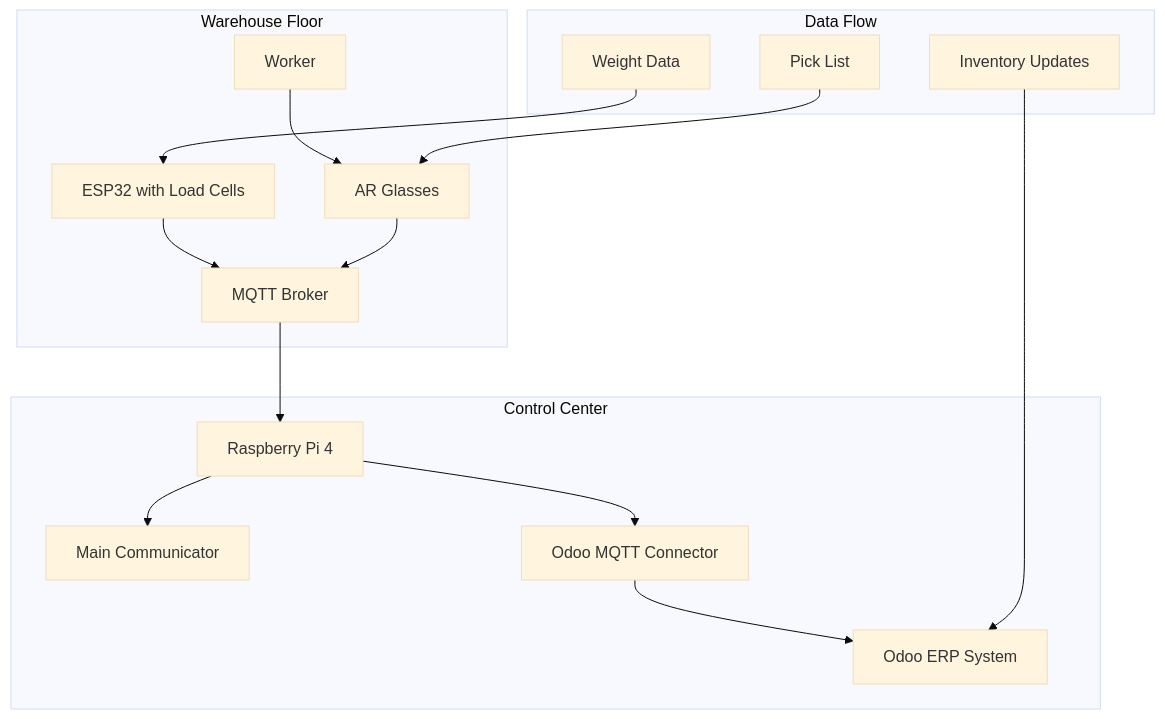
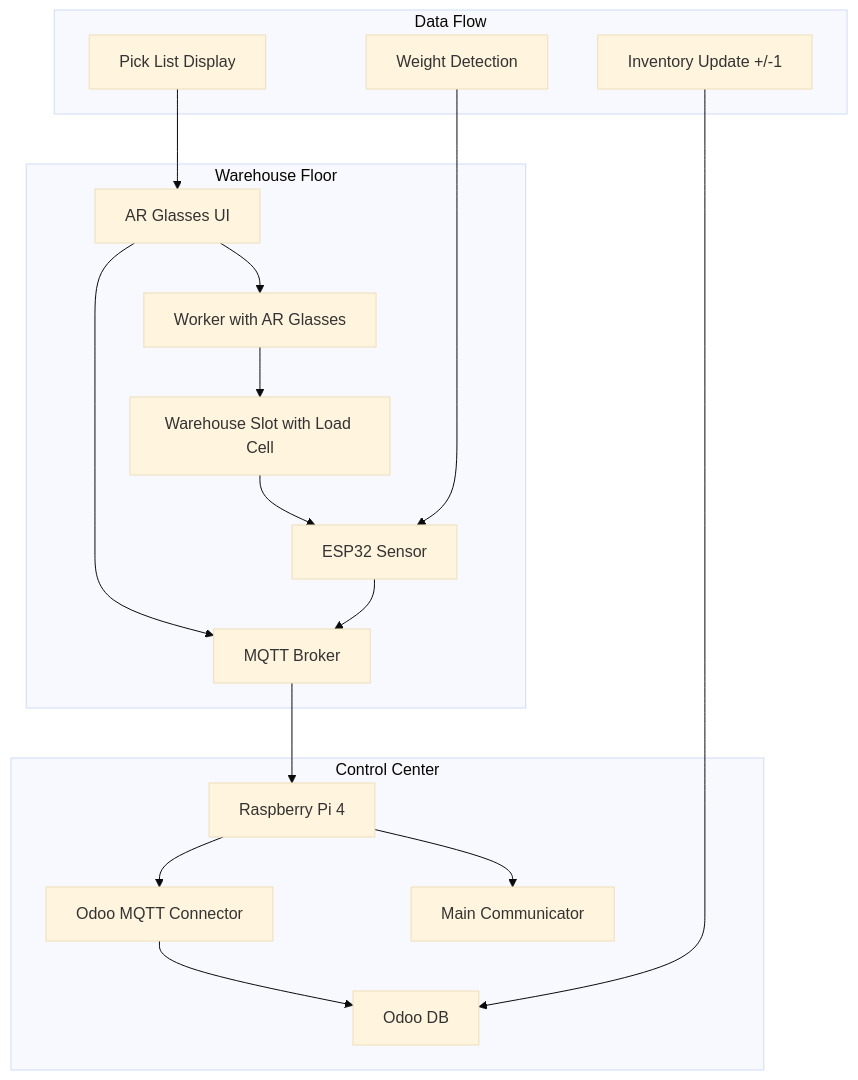
The first of 3 diagrams in README_portfolio.md (JonasLeetTheWay/SmartTrolley__KIT-IoT4.0-Project), drawn with Mermaid (base theme) before and after one commit. The commit also changed other lines of this file, not shown here.

Commit message:
MODIFY: update portfolio

````diff
--- a/README_portfolio.md
+++ b/README_portfolio.md
@@ -56,21 +56,23 @@
 ```mermaid
 graph TB
     subgraph "Warehouse Floor"
-        A[ESP32 with Load Cells] --> B[MQTT Broker]
-        C[AR Glasses] --> B
-        D[Worker] --> C
+        A[Worker with AR Glasses] --> B[Warehouse Slot with Load Cell]
+        B --> C[ESP32 Sensor]
+        C --> D[MQTT Broker]
+        E[AR Glasses UI] --> A
+        E --> D
     end
     
     subgraph "Control Center"
-        B --> E[Raspberry Pi 4]
-        E --> F[Main Communicator]
-        E --> G[Odoo MQTT Connector]
-        G --> H[Odoo ERP System]
+        D --> F[Raspberry Pi 4]
+        F --> G[Main Communicator]
+        F --> H[Odoo MQTT Connector]
+        H --> I[Odoo DB]
     end
     
     subgraph "Data Flow"
-        I[Weight Data] --> A
-        J[Pick List] --> C
-        K[Inventory Updates] --> H
+        J[Pick List Display] --> E
+        K[Weight Detection] --> C
+        L[Inventory Update +/-1] --> I
     end
 ```
````
